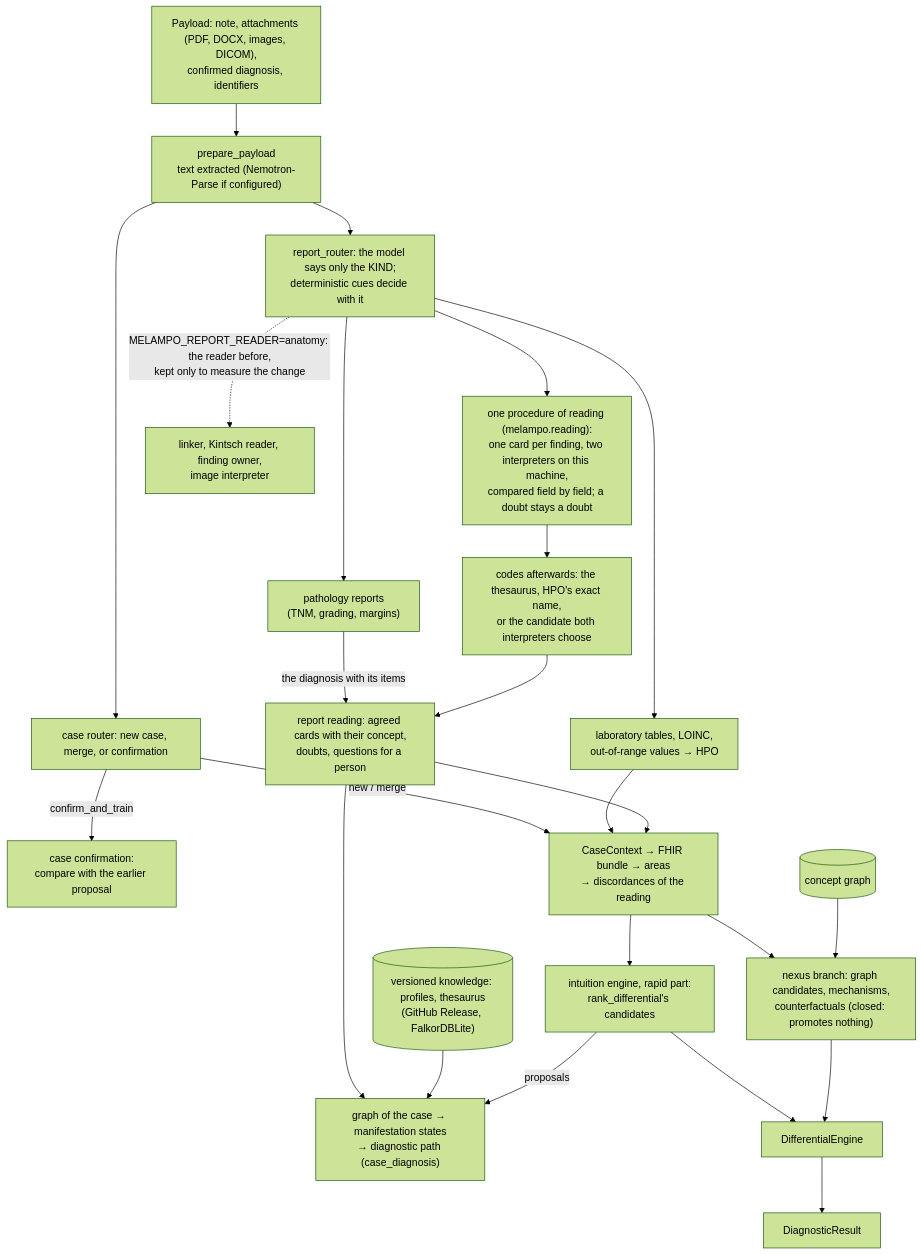
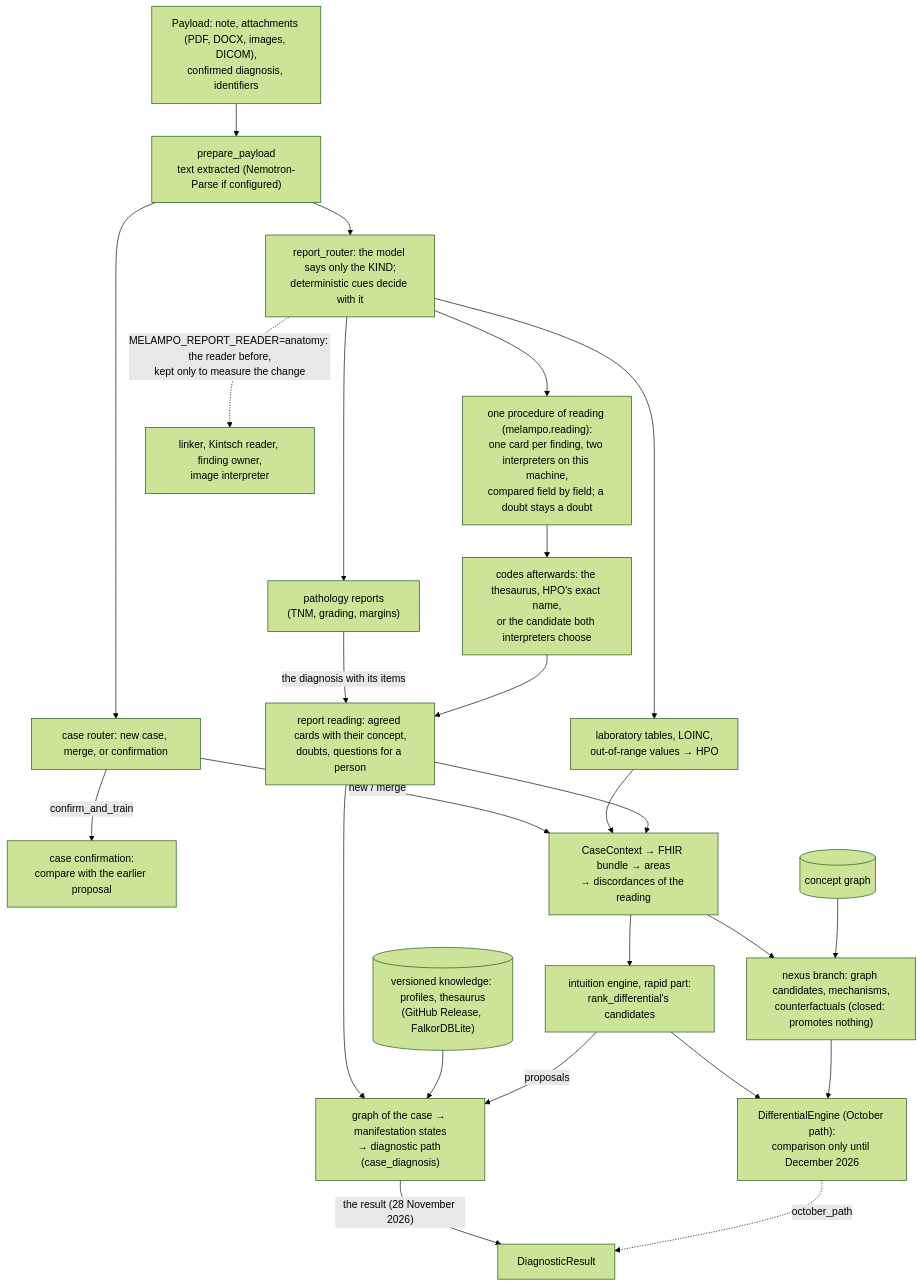
The second of 2 diagrams in docs/en/ARCHITECTURE.md (francescoluciolattari/Melampo-AI), drawn with Mermaid (forest theme) before and after one commit. The commit also changed other lines of this file and 13 other files, not shown here.

````diff
--- a/docs/en/ARCHITECTURE.md
+++ b/docs/en/ARCHITECTURE.md
@@ -32,25 +32,27 @@
 ```mermaid
 flowchart TD
   payload["Payload: note, attachments (PDF, DOCX, images, DICOM),<br/>confirmed diagnosis, identifiers"] --> prep["prepare_payload<br/>text extracted (Nemotron-Parse if configured)"]
   prep --> router["report_router: the model says only the KIND;<br/>deterministic cues decide with it"]
   router --> lab["laboratory tables, LOINC,<br/>out-of-range values → HPO"]
   router --> path["pathology reports<br/>(TNM, grading, margins)"]
   path -->|"the diagnosis with its items"| rr
   router --> one["one procedure of reading (melampo.reading):<br/>one card per finding, two interpreters on this machine,<br/>compared field by field; a doubt stays a doubt"]
   one --> codes["codes afterwards: the thesaurus, HPO's exact name,<br/>or the candidate both interpreters choose"]
   codes --> rr["report reading: agreed cards with their concept,<br/>doubts, questions for a person"]
   rr --> cg["graph of the case → manifestation states<br/>→ diagnostic path (case_diagnosis)"]
   know[("versioned knowledge: profiles, thesaurus<br/>(GitHub Release, FalkorDBLite)")] --> cg
   router -.->|"MELAMPO_REPORT_READER=anatomy: the reader before,<br/>kept only to measure the change"| narr["linker, Kintsch reader, finding owner,<br/>image interpreter"]
   prep --> d1["case router: new case, merge, or confirmation"]
   d1 -->|confirm_and_train| conf["case confirmation:<br/>compare with the earlier proposal"]
   d1 -->|new / merge| ingest["CaseContext → FHIR bundle → areas<br/>→ discordances of the reading"]
   lab --> ingest
   rr --> ingest
   ingest --> rapid["intuition engine, rapid part:<br/>rank_differential's candidates"]
   rapid --> diff
   rapid -->|proposals| cg
   ingest --> nexus["nexus branch: graph candidates, mechanisms,<br/>counterfactuals (closed: promotes nothing)"]
-  nexus --> diff["DifferentialEngine"] --> res["DiagnosticResult"]
+  nexus --> diff["DifferentialEngine (October path):<br/>comparison only until December 2026"]
+  cg -->|"the result (28 November 2026)"| res["DiagnosticResult"]
+  diff -.->|october_path| res
   graphnode[("concept graph")] --> nexus
 ```
````
